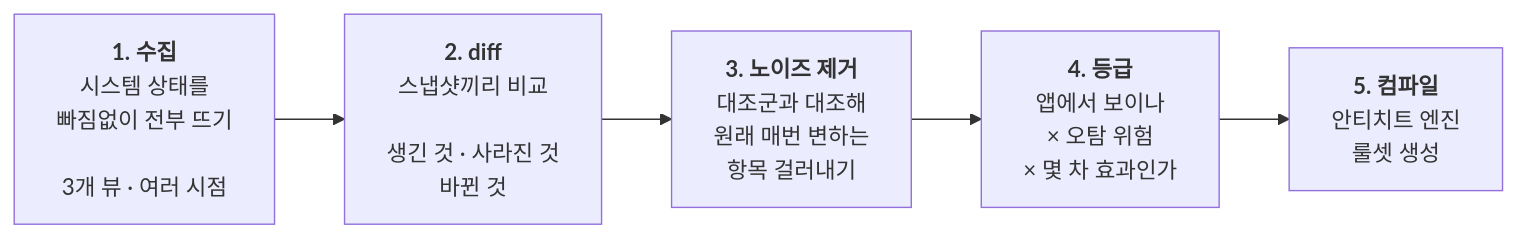
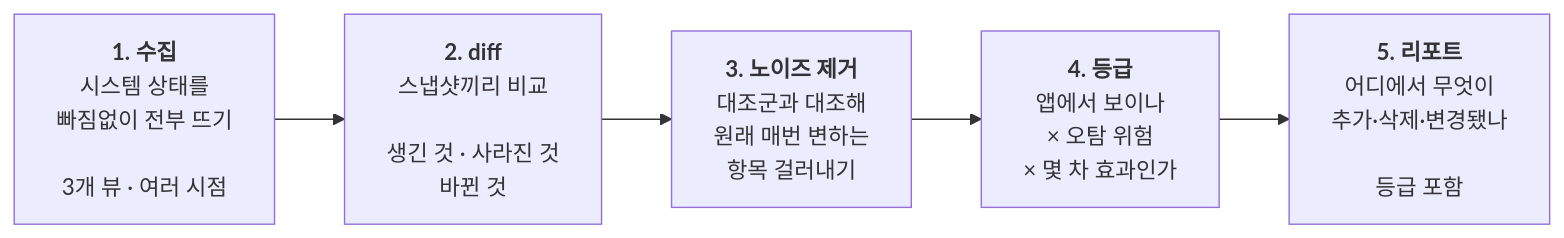
The first of 2 diagrams in README.ko.md (developer-inka/test), drawn with Mermaid before and after one commit. The commit also changed other lines of this file, not shown here.

````diff
--- a/README.ko.md
+++ b/README.ko.md
@@ -64,10 +68,10 @@
 ```mermaid
 flowchart LR
     A["<b>1. 수집</b><br/>시스템 상태를<br/>빠짐없이 전부 뜨기<br/><br/>3개 뷰 · 여러 시점"]
     B["<b>2. diff</b><br/>스냅샷끼리 비교<br/><br/>생긴 것 · 사라진 것<br/>바뀐 것"]
     C["<b>3. 노이즈 제거</b><br/>대조군과 대조해<br/>원래 매번 변하는<br/>항목 걸러내기"]
     D["<b>4. 등급</b><br/>앱에서 보이나<br/>× 오탐 위험<br/>× 몇 차 효과인가"]
-    E["<b>5. 컴파일</b><br/>안티치트 엔진<br/>룰셋 생성"]
+    E["<b>5. 리포트</b><br/>어디에서 무엇이<br/>추가·삭제·변경됐나<br/><br/>등급 포함"]
 
     A --> B --> C --> D --> E
 ```
````
